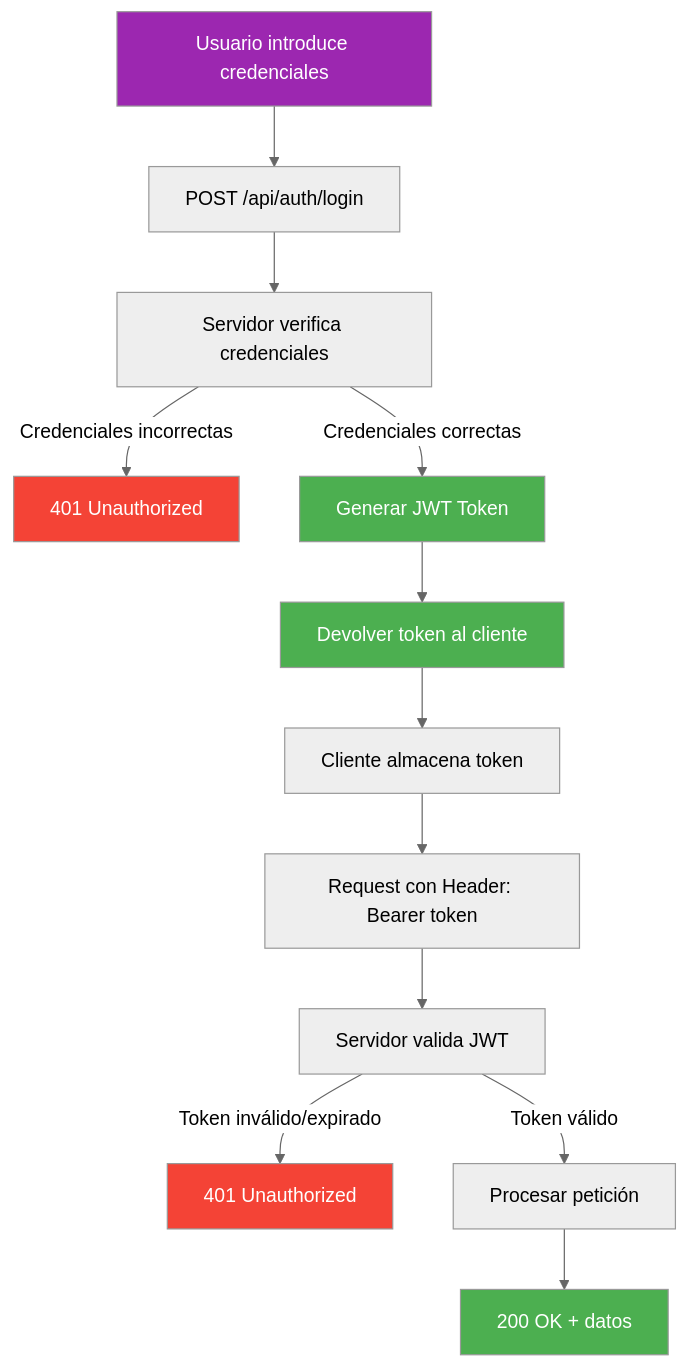
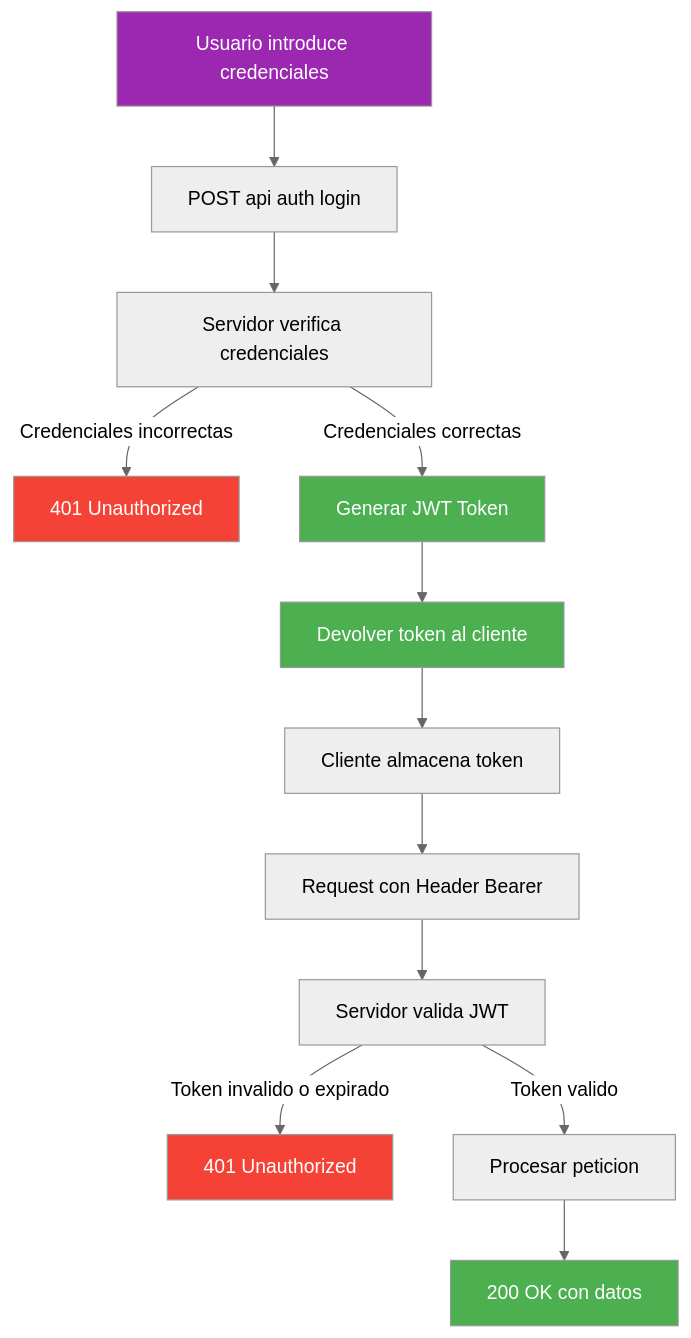
The second of 8 diagrams in 16-autenticacion.md (joseluisgs/DesarrolloWebEntornosServidor-02-2026-2027), drawn with Mermaid (neutral theme) before and after one commit. The commit also changed other lines of this file and 1 other file, not shown here.

First line of the commit message:
[fix] UD02: Temas 16 y 17 reescritos con Mermaid corregido y texto explicativo

````diff
--- a/16-autenticacion.md
+++ b/16-autenticacion.md
@@ -107,21 +113,21 @@
 ```mermaid
 flowchart TD
-    A["Usuario introduce credenciales"] --> B["POST /api/auth/login"]
-    B --> C["Servidor verifica credenciales"]
-    C -->|Credenciales incorrectas| D["401 Unauthorized"]
-    C -->|Credenciales correctas| E["Generar JWT Token"]
-    E --> F["Devolver token al cliente"]
-    F --> G["Cliente almacena token"]
-    G --> H["Request con Header: Bearer token"]
-    H --> I["Servidor valida JWT"]
-    I -->|Token inválido/expirado| J["401 Unauthorized"]
-    I -->|Token válido| K["Procesar petición"]
-    K --> L["200 OK + datos"]
+    A[Usuario introduce credenciales] --> B[POST api auth login]
+    B --> C[Servidor verifica credenciales]
+    C -->|Credenciales incorrectas| D[401 Unauthorized]
+    C -->|Credenciales correctas| E[Generar JWT Token]
+    E --> F[Devolver token al cliente]
+    F --> G[Cliente almacena token]
+    G --> H[Request con Header Bearer]
+    H --> I[Servidor valida JWT]
+    I -->|Token invalido o expirado| J[401 Unauthorized]
+    I -->|Token valido| K[Procesar peticion]
+    K --> L[200 OK con datos]
 
     style A fill:#9C27B0,color:#fff
     style D fill:#f44336,color:#fff
     style E fill:#4CAF50,color:#fff
     style F fill:#4CAF50,color:#fff
     style J fill:#f44336,color:#fff
     style L fill:#4CAF50,color:#fff
 ```
````
